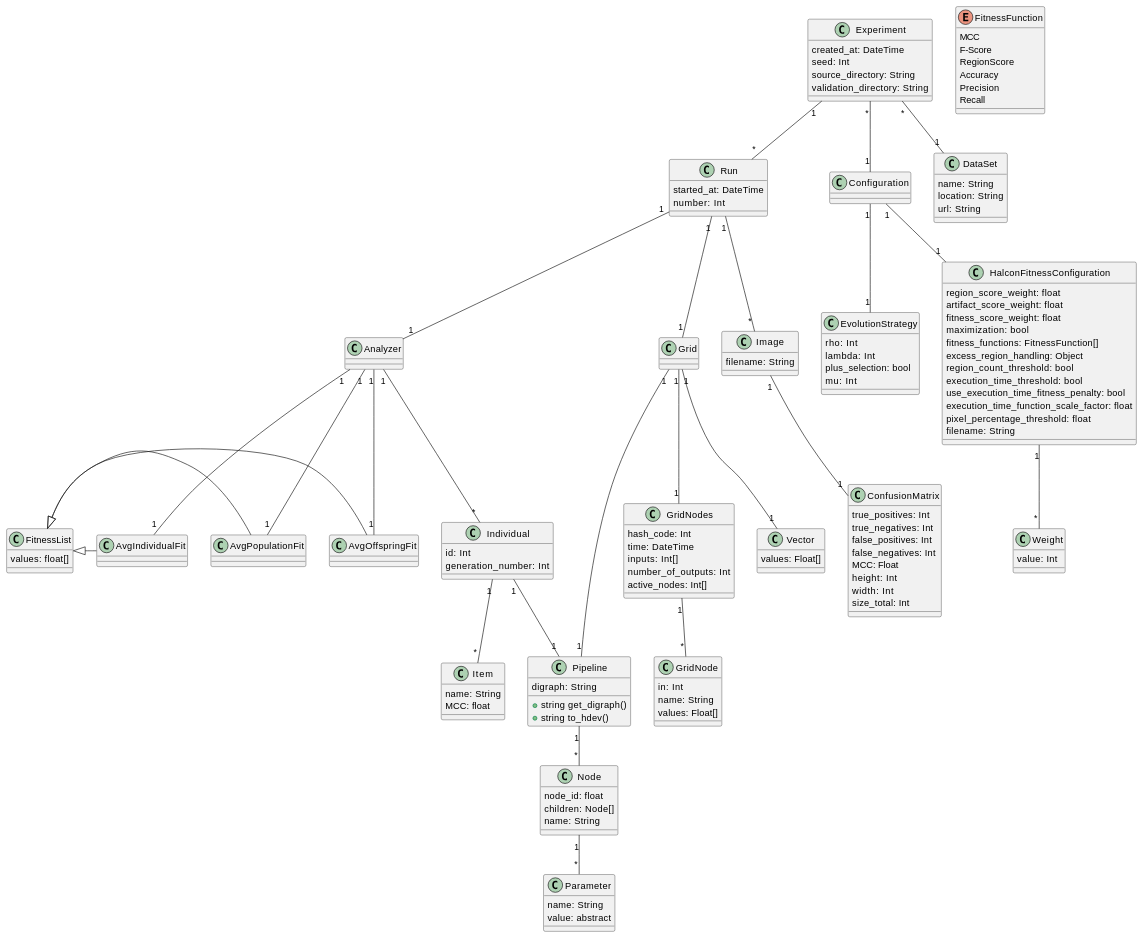
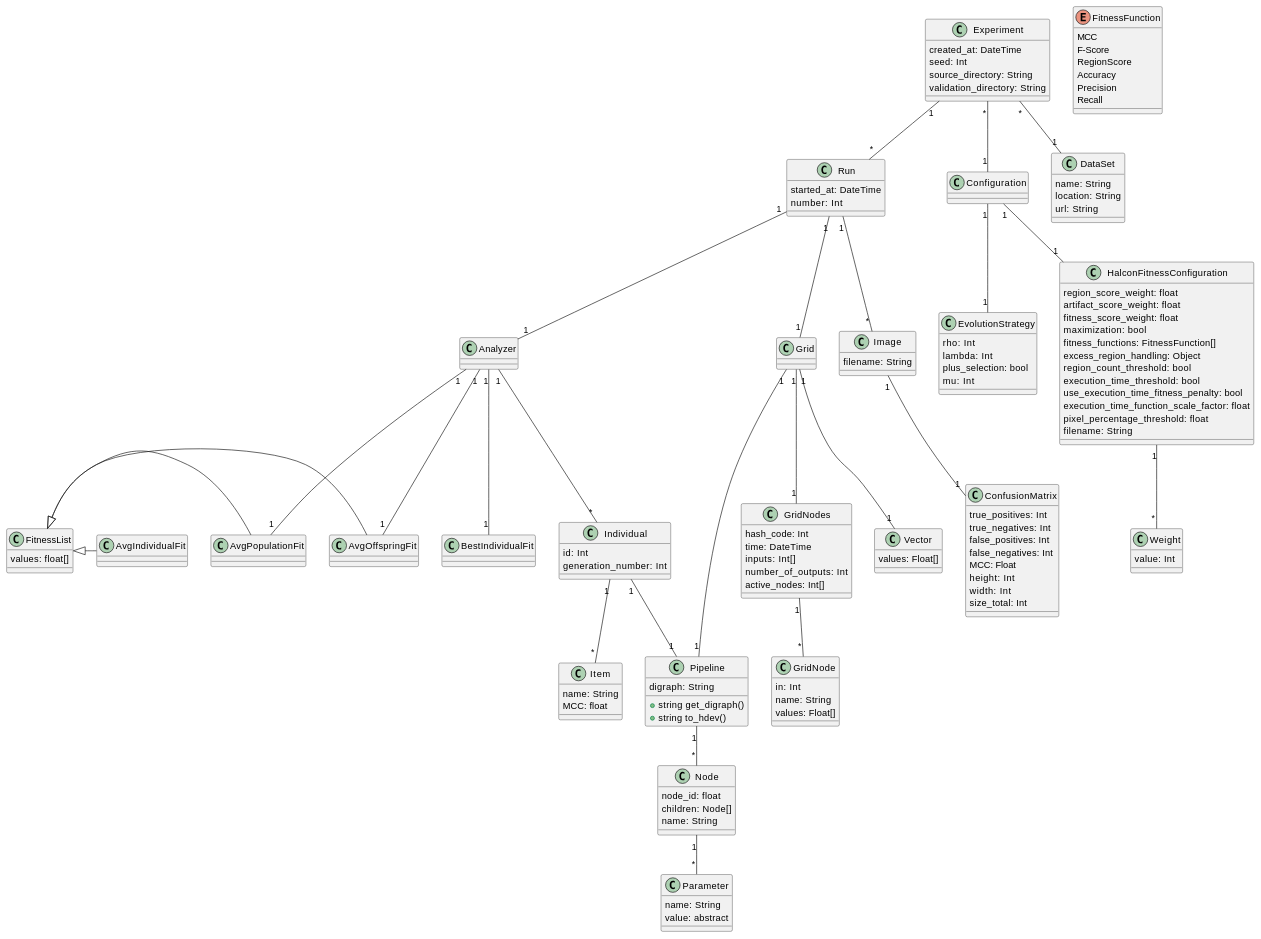
Before and after one commit to anmarchio/experiments: the diagram in diagrams/DataModel.md, drawn with PlantUML.

```diff
--- a/diagrams/DataModel.md
+++ b/diagrams/DataModel.md
@@ -67,7 +67,7 @@
 
 class AvgPopulationFit
 
-class AvgIndividualFit
+class BestIndividualFit
 
 class Individual {
   id: Int
@@ -143,7 +143,7 @@
 
 Analyzer "1" -- "1" AvgOffspringFit 
 Analyzer "1" -- "1" AvgPopulationFit
-Analyzer "1" -- "1" AvgIndividualFit
+Analyzer "1" -- "1" BestIndividualFit
 Analyzer "1" -- "*" Individual
 Individual "1" -- "*" Item
 Individual "1" -- "1" Pipeline
```
